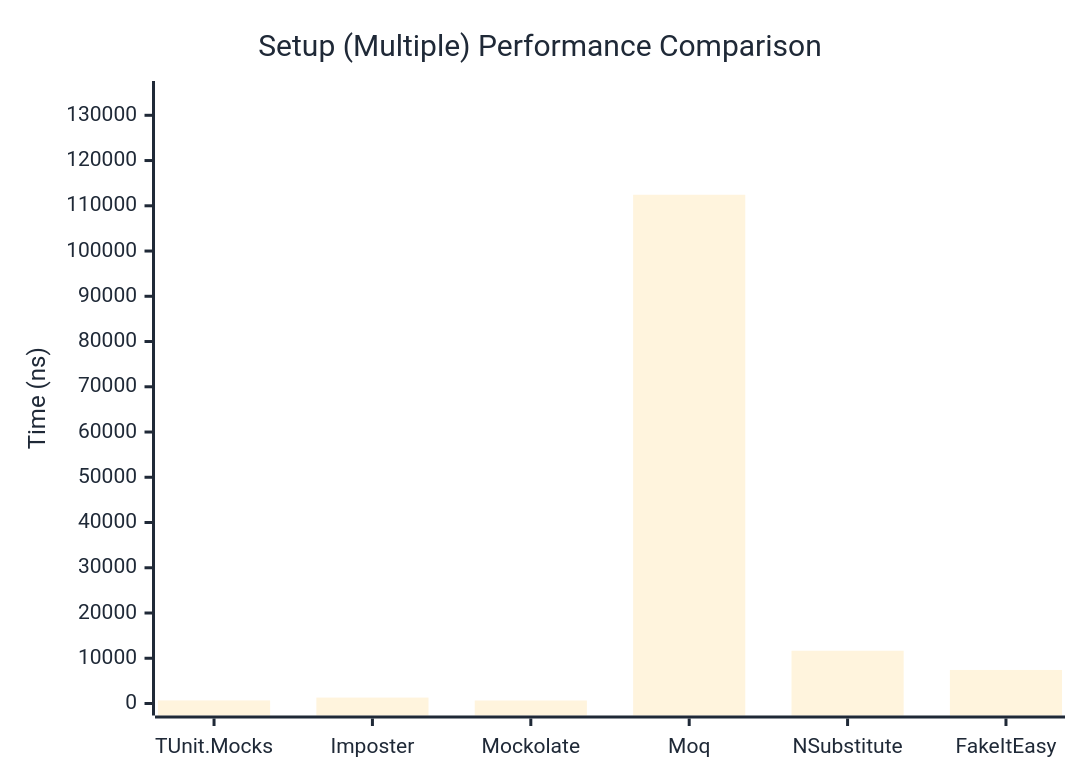
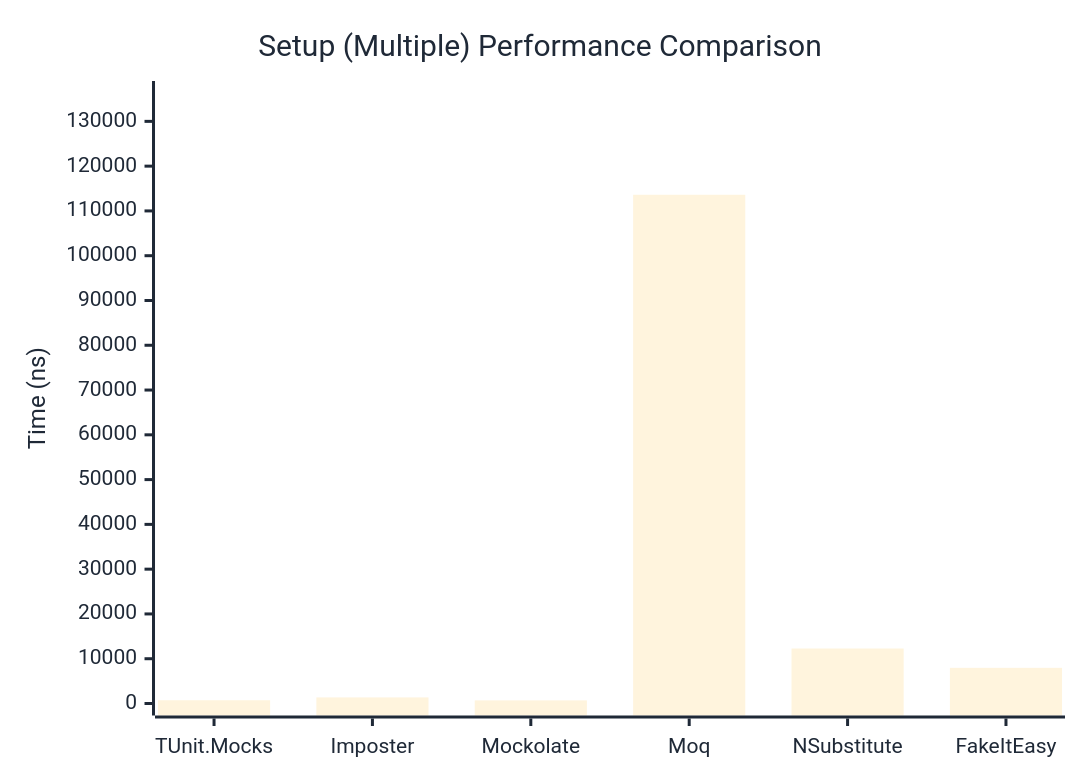
The second of 2 diagrams in docs/docs/benchmarks/mocks/Setup.md (thomhurst/TUnit), drawn with Mermaid before and after one commit. The commit also changed other lines of this file and 14 other files, not shown here.

````diff
--- a/docs/docs/benchmarks/mocks/Setup.md
+++ b/docs/docs/benchmarks/mocks/Setup.md
@@ -69,27 +69,27 @@
 ```mermaid
 %%{init: {
   'theme':'base',
   'themeVariables': {
     'primaryColor': '#2563eb',
     'primaryTextColor': '#1f2937',
     'primaryBorderColor': '#1e40af',
     'lineColor': '#6b7280',
     'secondaryColor': '#7c3aed',
     'tertiaryColor': '#dc2626',
     'background': '#ffffff',
     'pie1': '#2563eb',
     'pie2': '#7c3aed',
     'pie3': '#dc2626',
     'pie4': '#f59e0b',
     'pie5': '#10b981',
     'pie6': '#06b6d4',
     'pie7': '#ec4899',
     'pie8': '#6366f1'
   }
 }}%%
 xychart-beta
   title "Setup (Multiple) Performance Comparison"
   x-axis ["TUnit.Mocks", "Imposter", "Mockolate", "Moq", "NSubstitute", "FakeItEasy"]
-  y-axis "Time (ns)" 0 --> 134928
-  bar [681.9, 1306.9, 663.5, 112440, 11663.3, 7415.3]
+  y-axis "Time (ns)" 0 --> 136334
+  bar [725.2, 1359.1, 694.8, 113611.1, 12279.3, 7964.4]
 ```
````
